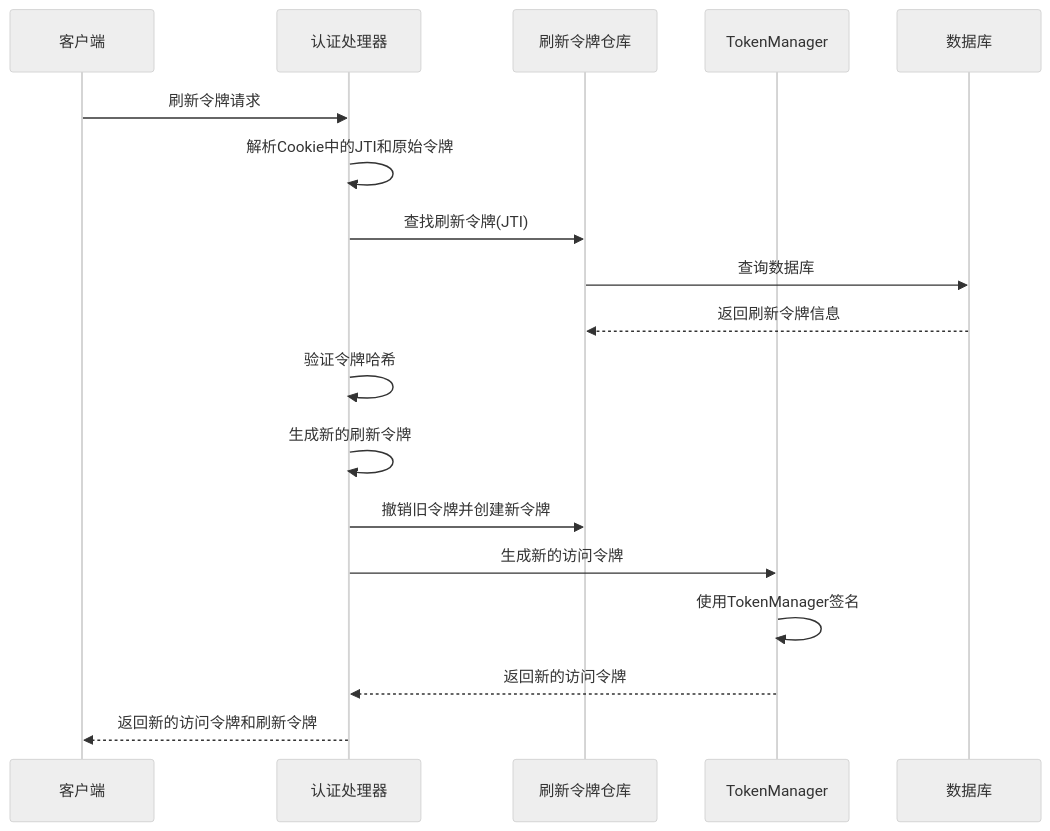
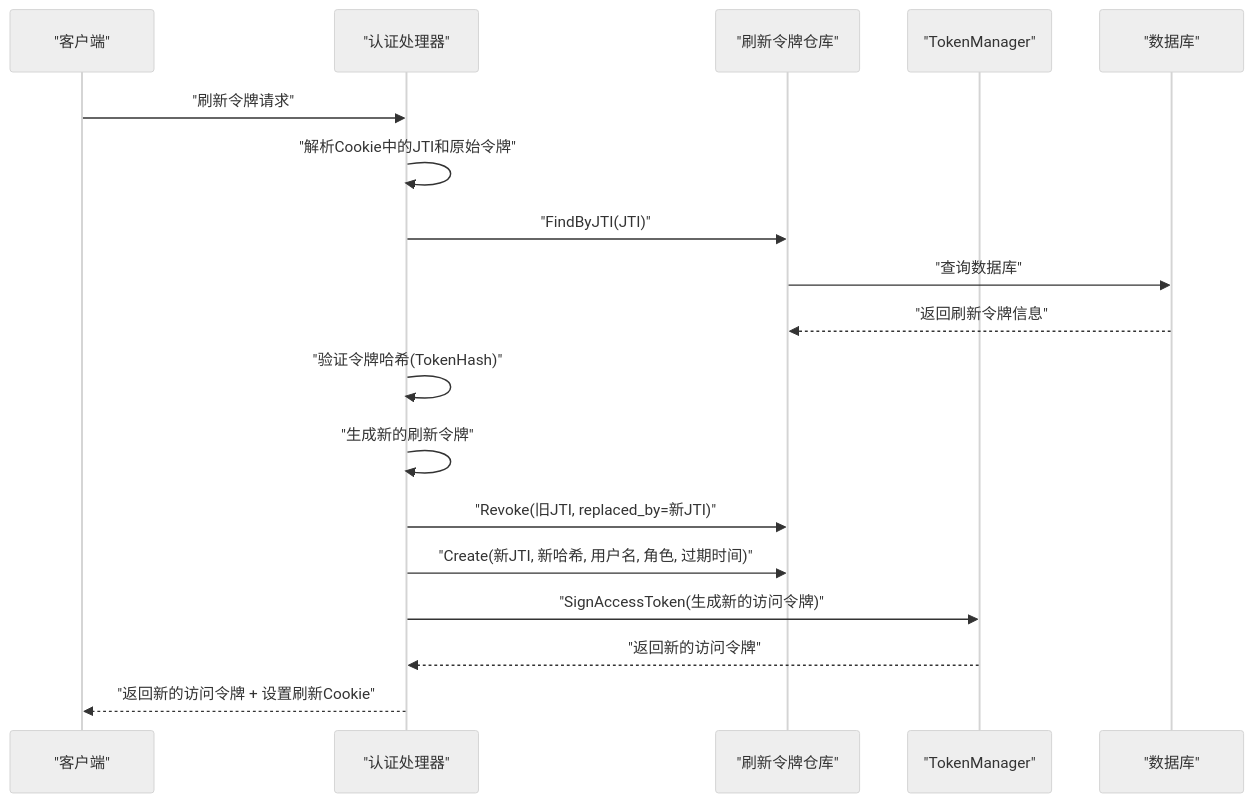
The fifth of 8 diagrams in docs/安全机制/JWT 认证机制.md (x01n/My-OpenWaf), drawn with Mermaid (neutral theme) before and after one commit. The commit also changed other lines of this file and 199 other files, not shown here.

````diff
--- a/docs/安全机制/JWT 认证机制.md
+++ b/docs/安全机制/JWT 认证机制.md
@@ -225,20 +193,20 @@
 ```mermaid
 sequenceDiagram
-participant Client as 客户端
-participant Auth as 认证处理器
-participant RTRepo as 刷新令牌仓库
-participant TM as TokenManager
-participant DB as 数据库
-Client->>Auth : 刷新令牌请求
-Auth->>Auth : 解析Cookie中的JTI和原始令牌
-Auth->>RTRepo : 查找刷新令牌(JTI)
-RTRepo->>DB : 查询数据库
-DB-->>RTRepo : 返回刷新令牌信息
-Auth->>Auth : 验证令牌哈希
-Auth->>Auth : 生成新的刷新令牌
-Auth->>RTRepo : 撤销旧令牌并创建新令牌
-Auth->>TM : 生成新的访问令牌
-TM->>TM : 使用TokenManager签名
-TM-->>Auth : 返回新的访问令牌
-Auth-->>Client : 返回新的访问令牌和刷新令牌
+participant Client as "客户端"
+participant Auth as "认证处理器"
+participant RTRepo as "刷新令牌仓库"
+participant TM as "TokenManager"
+participant DB as "数据库"
+Client->>Auth : "刷新令牌请求"
+Auth->>Auth : "解析Cookie中的JTI和原始令牌"
+Auth->>RTRepo : "FindByJTI(JTI)"
+RTRepo->>DB : "查询数据库"
+DB-->>RTRepo : "返回刷新令牌信息"
+Auth->>Auth : "验证令牌哈希(TokenHash)"
+Auth->>Auth : "生成新的刷新令牌"
+Auth->>RTRepo : "Revoke(旧JTI, replaced_by=新JTI)"
+Auth->>RTRepo : "Create(新JTI, 新哈希, 用户名, 角色, 过期时间)"
+Auth->>TM : "SignAccessToken(生成新的访问令牌)"
+TM-->>Auth : "返回新的访问令牌"
+Auth-->>Client : "返回新的访问令牌 + 设置刷新Cookie"
 ```
````
